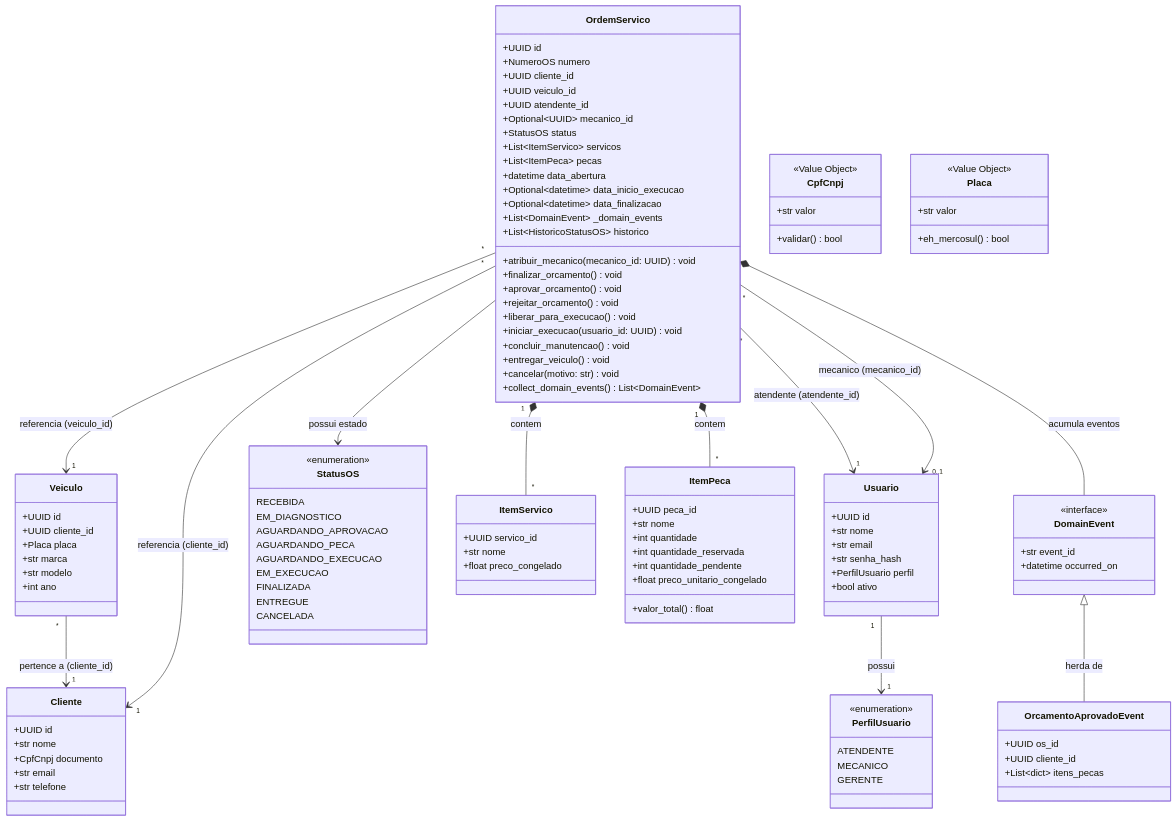
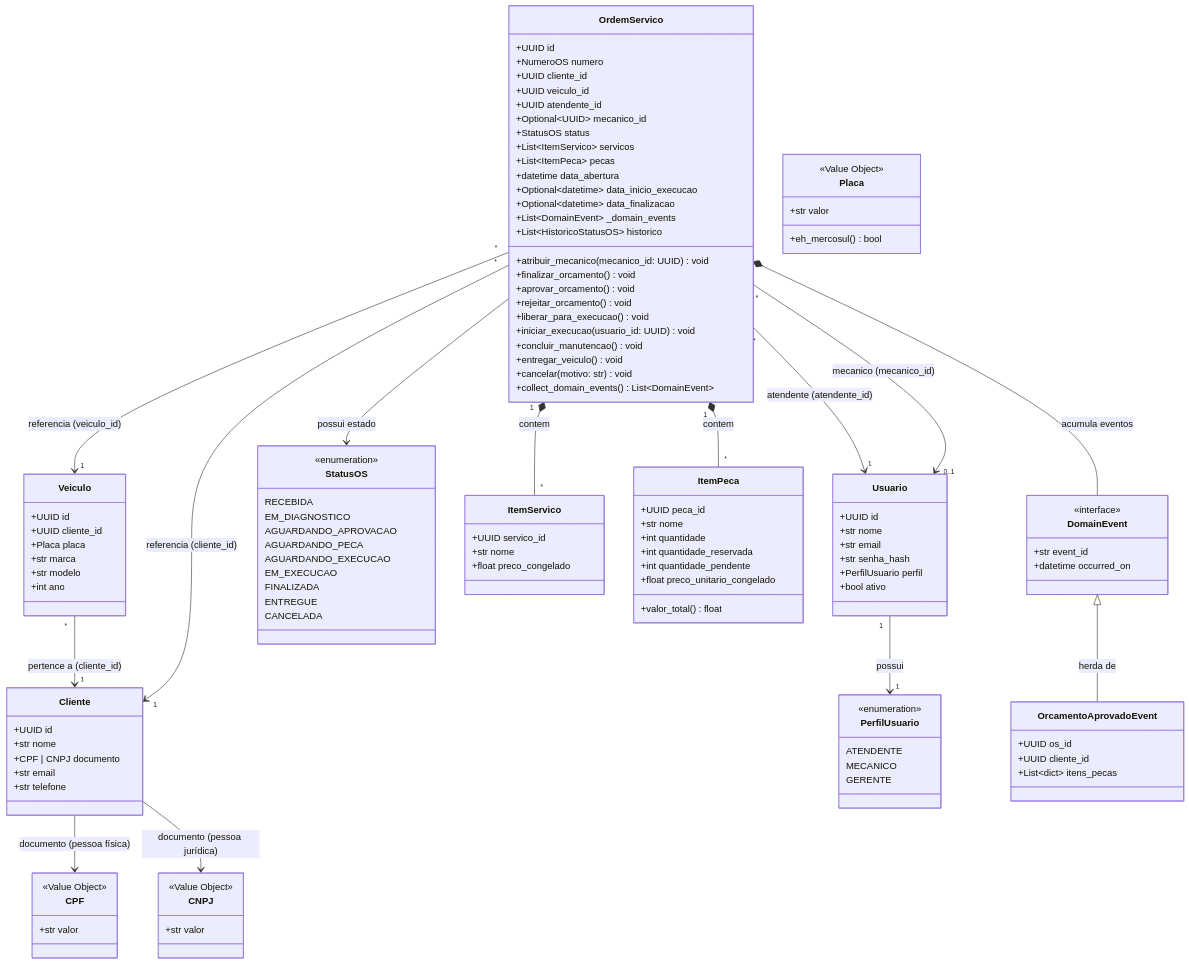
Before and after one commit to vieira-gabriel/FIAP_SIAES: the fourth of 4 diagrams in docs/ddd/c4-model.md, drawn with Mermaid. The commit also changed other lines of this file and 3 other files, not shown here.

First line of the commit message:
docs: registra CPF e CNPJ como objetos de valor separados

```diff
--- a/docs/ddd/c4-model.md
+++ b/docs/ddd/c4-model.md
@@ -186,7 +186,7 @@
     class Cliente {
         +UUID id
         +str nome
-        +CpfCnpj documento
+        +CPF | CNPJ documento
         +str email
         +str telefone
     }
@@ -272,10 +272,14 @@
         +valor_total() float
     }
 
-    class CpfCnpj {
+    class CPF {
         <<Value Object>>
         +str valor
-        +validar() bool
+    }
+
+    class CNPJ {
+        <<Value Object>>
+        +str valor
     }
 
     class Placa {
@@ -297,6 +301,8 @@
     }
 
     Usuario "1" --> "1" PerfilUsuario : possui
+    Cliente --> CPF : documento (pessoa física)
+    Cliente --> CNPJ : documento (pessoa jurídica)
     Veiculo "*" --> "1" Cliente : pertence a (cliente_id)
     OrdemServico "*" --> "1" Cliente : referencia (cliente_id)
     OrdemServico "*" --> "1" Veiculo : referencia (veiculo_id)
```
